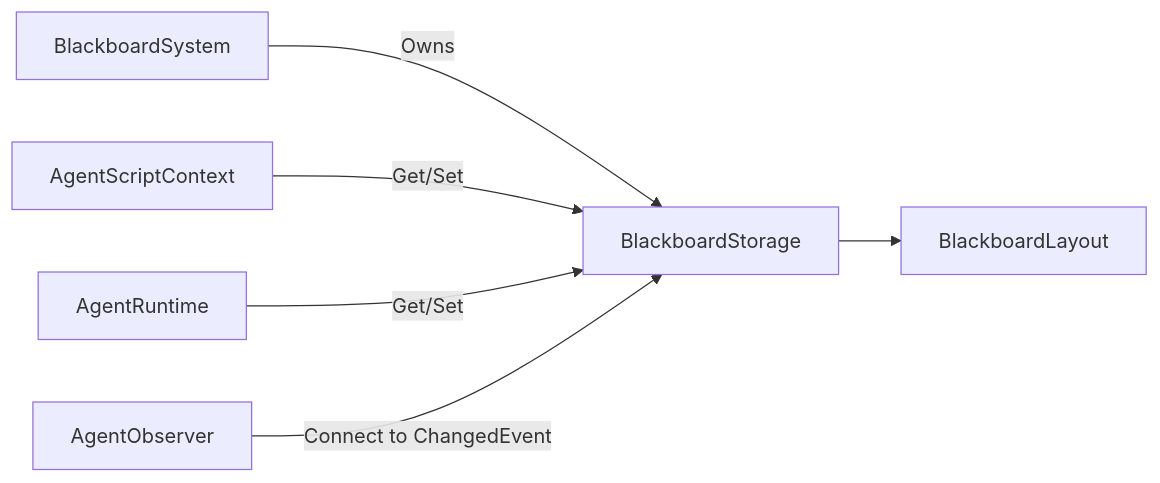
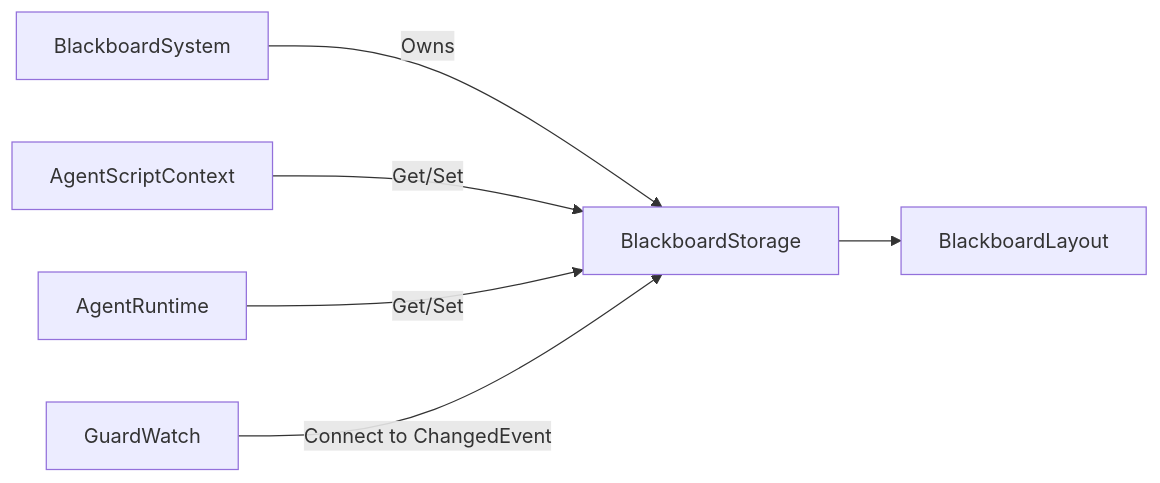
The diagram in Docs/02 - C++ Components/BlackboardStorage.md (jabbadablack/G.O.A.T), drawn with Mermaid before and after one commit. The commit also changed other lines of this file and 44 other files, not shown here.

````diff
--- a/Docs/02 - C++ Components/BlackboardStorage.md
+++ b/Docs/02 - C++ Components/BlackboardStorage.md
@@ -79,8 +79,8 @@
 ```mermaid
 graph LR
     A[BlackboardSystem] -->|Owns| B[BlackboardStorage]
     B --> C[BlackboardLayout]
     D[AgentScriptContext] -->|Get/Set| B
     E[AgentRuntime] -->|Get/Set| B
-    F[AgentObserver] -->|Connect to ChangedEvent| B
+    F[GuardWatch] -->|Connect to ChangedEvent| B
 ```
````
